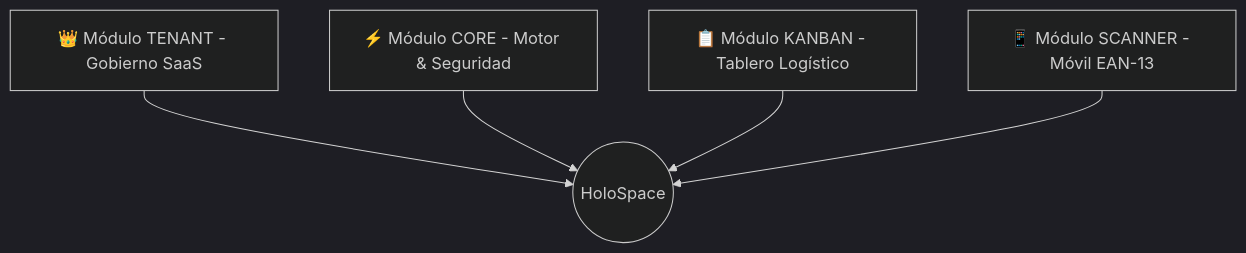
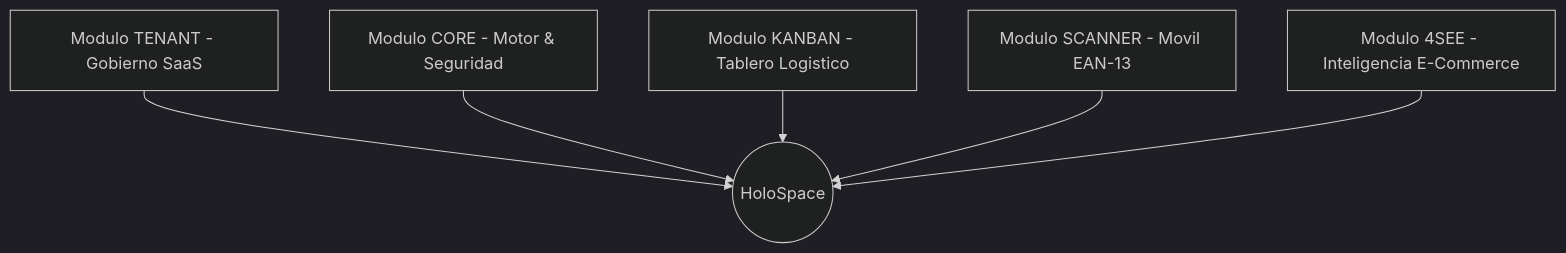
Before and after one commit to jsrxar77/holospace-baseline: the diagram in docs/CONTENT.md, drawn with Mermaid (dark theme). The commit also changed other lines of this file and 18 other files, not shown here.

Commit message:
feat(4see): agregar modulo 4see de inteligencia e-commerce y repricing

````diff
--- a/docs/CONTENT.md
+++ b/docs/CONTENT.md
@@ -26,7 +26,8 @@
 ```mermaid
 graph TD
-    M1[👑 Módulo TENANT - Gobierno SaaS] --> Core((HoloSpace))
-    M2[⚡ Módulo CORE - Motor & Seguridad] --> Core
-    M3[📋 Módulo KANBAN - Tablero Logístico] --> Core
-    M4[📱 Módulo SCANNER - Móvil EAN-13] --> Core
+    M1[Modulo TENANT - Gobierno SaaS] --> Core((HoloSpace))
+    M2[Modulo CORE - Motor & Seguridad] --> Core
+    M3[Modulo KANBAN - Tablero Logistico] --> Core
+    M4[Modulo SCANNER - Movil EAN-13] --> Core
+    M5[Modulo 4SEE - Inteligencia E-Commerce] --> Core
 ```
````
